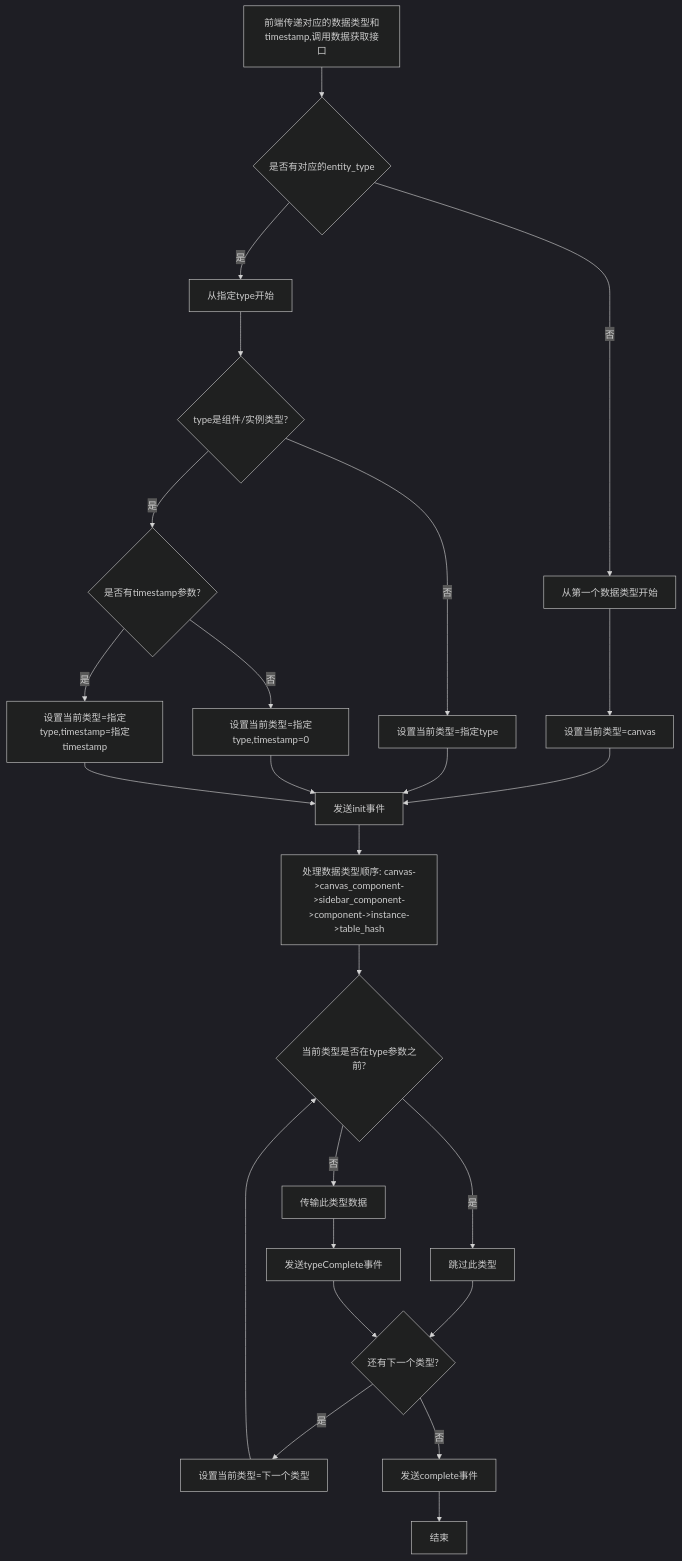
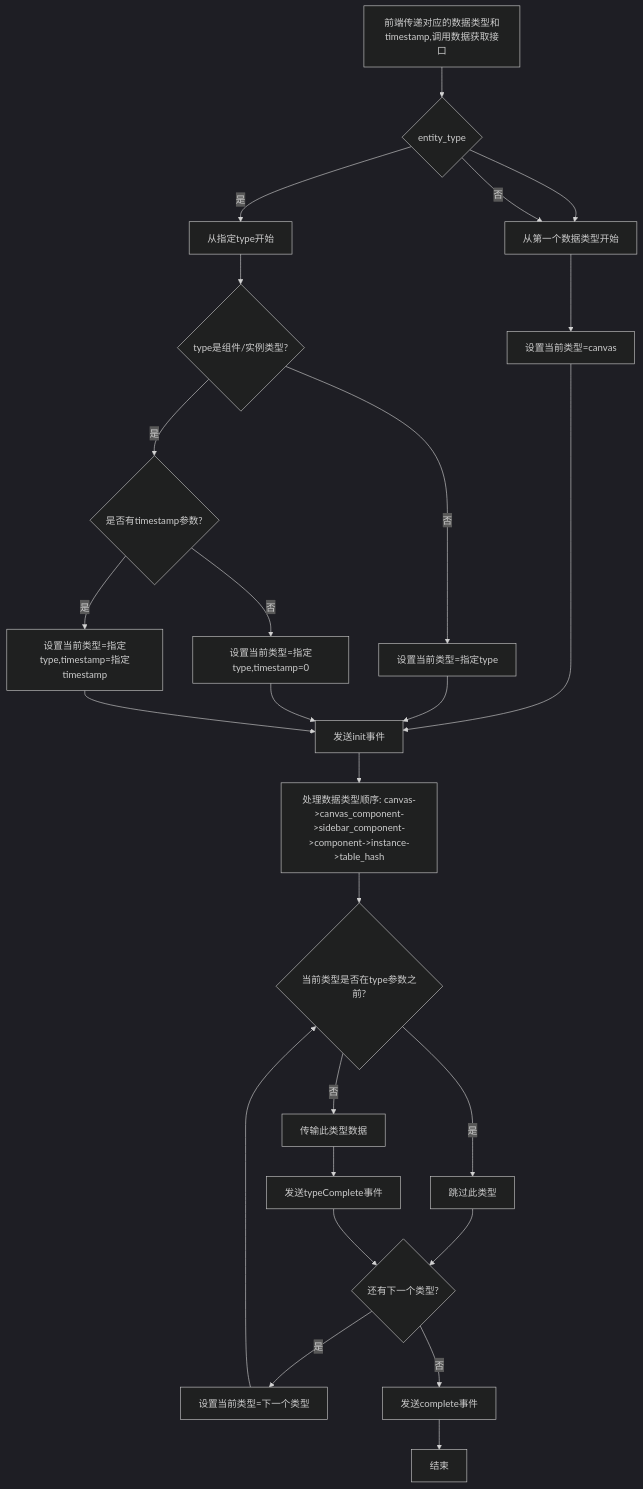
Before and after one commit to yingjianzh/iodraw-files: the diagram in all/未命名-59.md, drawn with Mermaid (dark theme).

Commit message:
2025-05-14 15:30:53 update

````diff
--- a/all/未命名-59.md
+++ b/all/未命名-59.md
@@ -1,39 +1,39 @@
 ```mermaid
 flowchart TD
-    A[前端传递对应的数据类型和timestamp,调用数据获取接口] --> B{是否有对应的entity_type}
+    A[前端传递对应的数据类型和timestamp,调用数据获取接口] --> B{entity_type}
 
-    
+    B --> C 
     
     B -->|否| C[从第一个数据类型开始]
     B -->|是| D[从指定type开始]
     
     C --> E[设置当前类型=canvas]
     D --> F{type是组件/实例类型?}
     
     F -->|否| G[设置当前类型=指定type]
     F -->|是| H{是否有timestamp参数?}
     
     H -->|否| I[设置当前类型=指定type,timestamp=0]
     H -->|是| J[设置当前类型=指定type,timestamp=指定timestamp]
     
     E --> K[发送init事件]
     G --> K
     I --> K
     J --> K
     
     K --> L[处理数据类型顺序: canvas->canvas_component->sidebar_component->component->instance->table_hash]
     
     L --> M{当前类型是否在type参数之前?}
     M -->|是| N[跳过此类型]
     M -->|否| O[传输此类型数据]
     
     N --> P{还有下一个类型?}
     O --> Q[发送typeComplete事件]
     Q --> P
     
     P -->|是| R[设置当前类型=下一个类型]
     P -->|否| S[发送complete事件]
     
     R --> M
     S --> T[结束]
 ```
````
